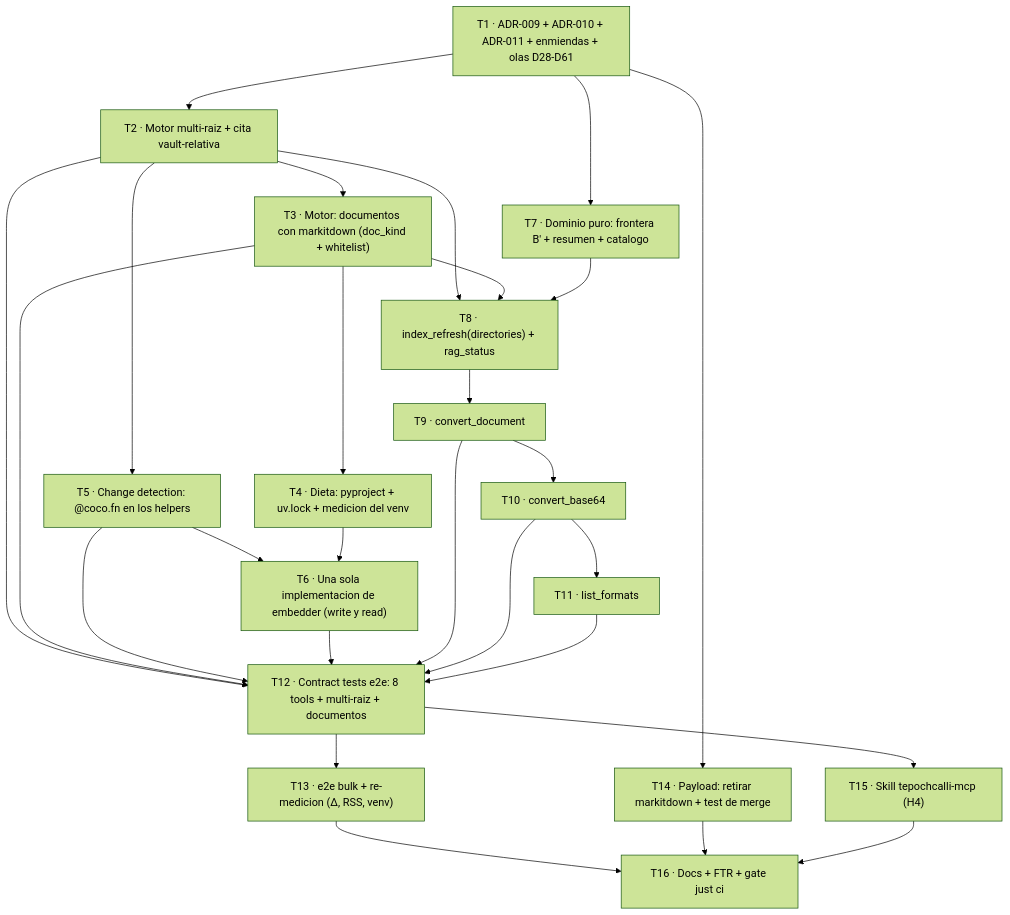
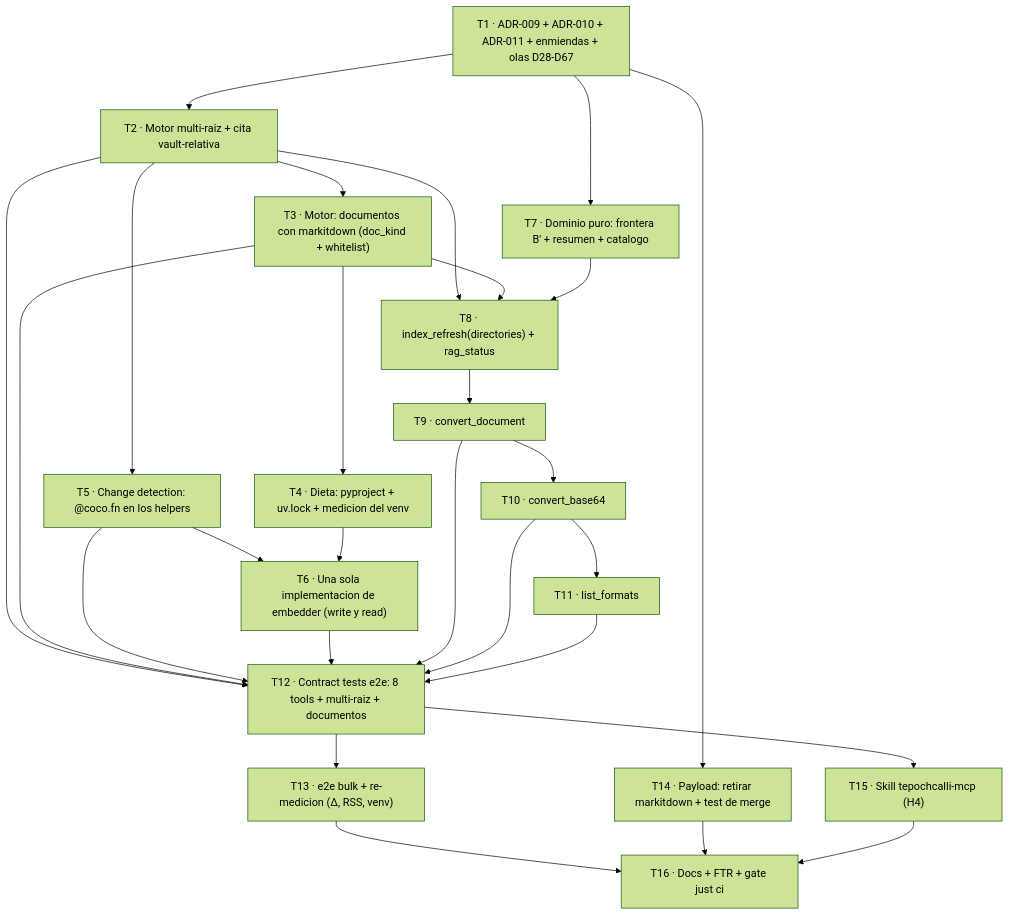
Before and after one commit to Fisherk2/tepochcalli-opencode: the diagram in tasks/plan.md, drawn with Mermaid (forest theme). The commit also changed other lines of this file and 1 other file, not shown here.

````diff
--- a/tasks/plan.md
+++ b/tasks/plan.md
@@ -175,29 +191,29 @@
 ```mermaid
 graph TB
-    T1["T1 · ADR-009 + ADR-010 + ADR-011 + enmiendas + olas D28-D61"] --> T2["T2 · Motor multi-raiz + cita vault-relativa"]
+    T1["T1 · ADR-009 + ADR-010 + ADR-011 + enmiendas + olas D28-D67"] --> T2["T2 · Motor multi-raiz + cita vault-relativa"]
     T2 --> T3["T3 · Motor: documentos con markitdown (doc_kind + whitelist)"]
     T2 --> T5["T5 · Change detection: @coco.fn en los helpers"]
     T3 --> T4["T4 · Dieta: pyproject + uv.lock + medicion del venv"]
     T5 --> T6["T6 · Una sola implementacion de embedder (write y read)"]
     T4 --> T6
     T1 --> T7["T7 · Dominio puro: frontera B' + resumen + catalogo"]
     T2 --> T8["T8 · index_refresh(directories) + rag_status"]
     T3 --> T8
     T7 --> T8
     T8 --> T9["T9 · convert_document"]
     T9 --> T10["T10 · convert_base64"]
     T10 --> T11["T11 · list_formats"]
     T2 --> T12["T12 · Contract tests e2e: 8 tools + multi-raiz + documentos"]
     T3 --> T12
     T5 --> T12
     T6 --> T12
     T9 --> T12
     T10 --> T12
     T11 --> T12
     T12 --> T13["T13 · e2e bulk + re-medicion (Δ, RSS, venv)"]
     T1 --> T14["T14 · Payload: retirar markitdown + test de merge"]
     T12 --> T15["T15 · Skill tepochcalli-mcp (H4)"]
     T13 --> T16["T16 · Docs + FTR + gate just ci"]
     T14 --> T16
     T15 --> T16
 ```
````
